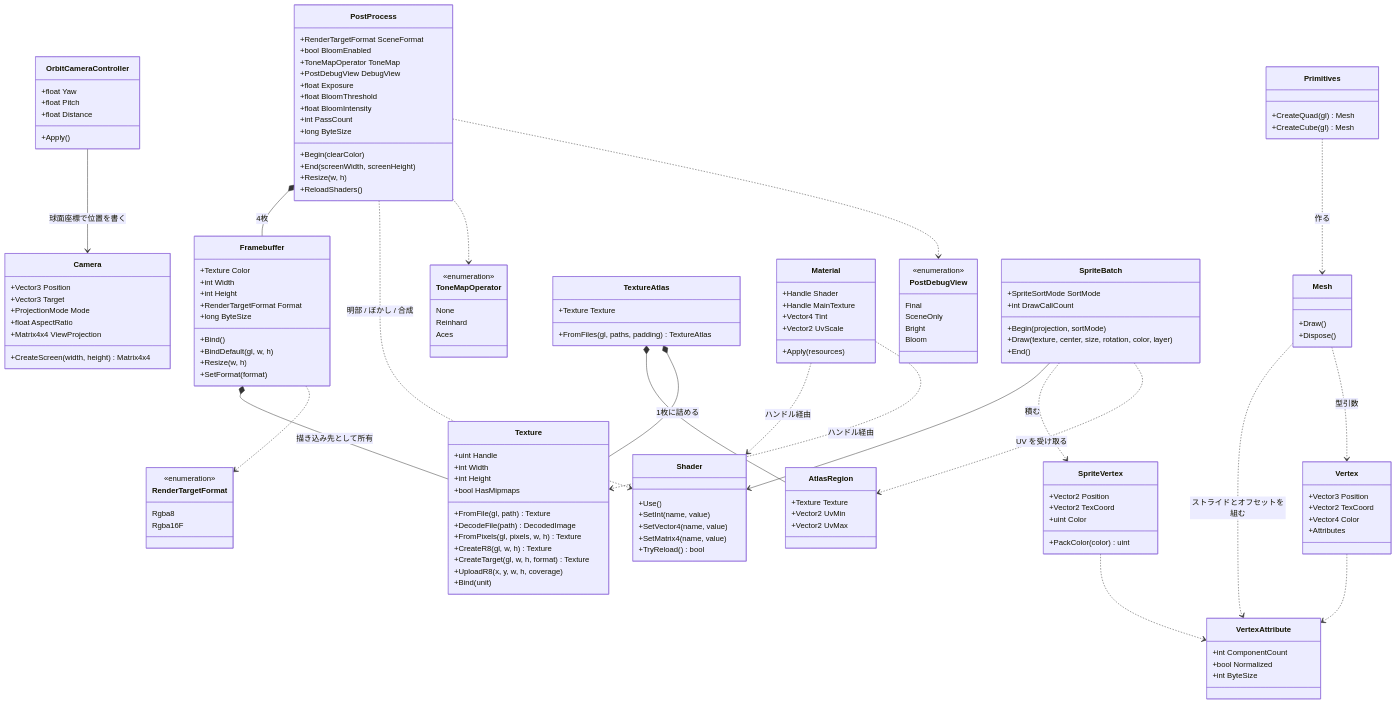
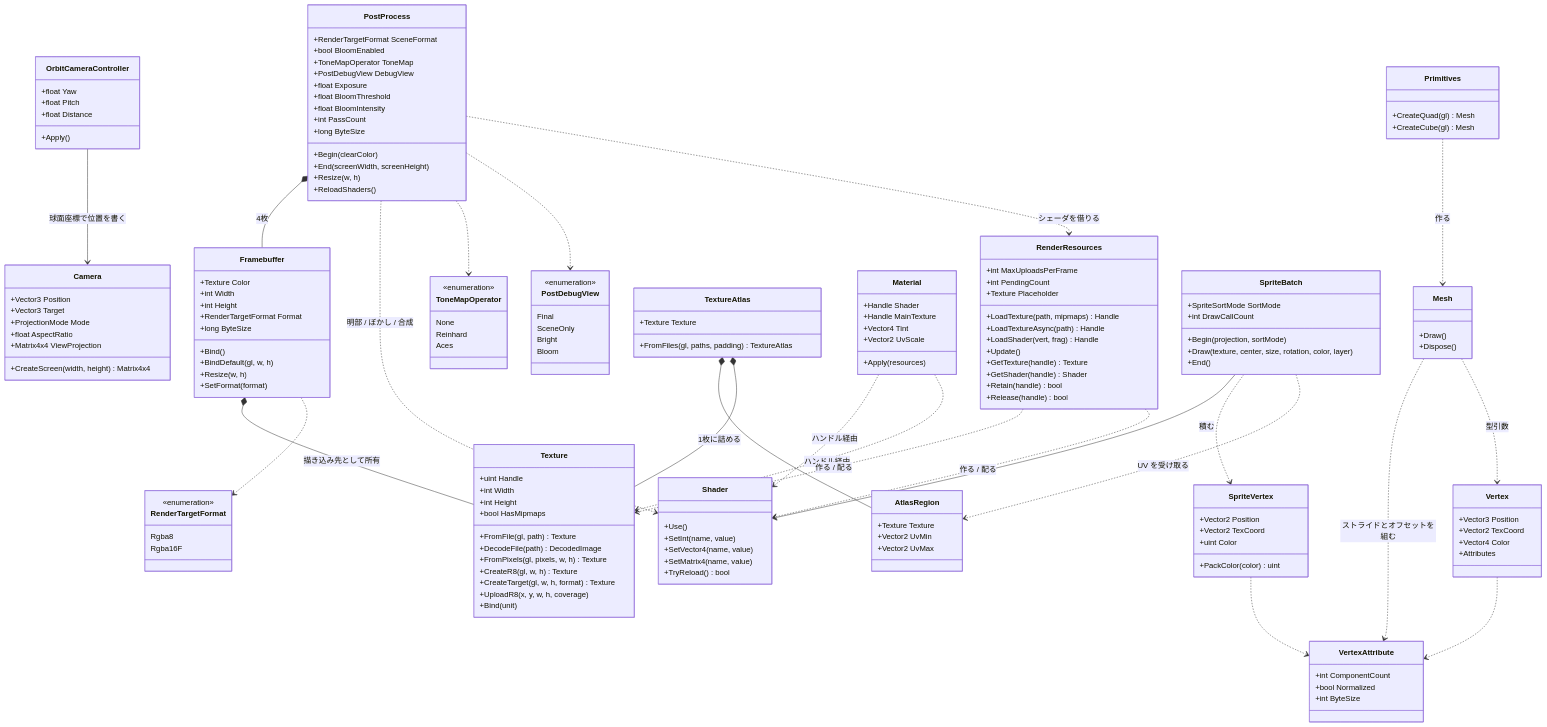
The third of 22 diagrams in docs/plans/Day31.md (honyax/honya-game-engine), drawn with Mermaid before and after one commit. The commit also changed other lines of this file and 20 other files, not shown here.

First line of the commit message:
docs: Day31〜51 の設計書を RenderResources への改名・移動に合わせる

````diff
--- a/docs/plans/Day31.md
+++ b/docs/plans/Day31.md
@@ -656,6 +704,19 @@
         +CreateTarget(gl, w, h, format) Texture
         +UploadR8(x, y, w, h, coverage)
         +Bind(unit)
+    }
+    class RenderResources {
+        +int MaxUploadsPerFrame
+        +int PendingCount
+        +Texture Placeholder
+        +LoadTexture(path, mipmaps) Handle
+        +LoadTextureAsync(path) Handle
+        +LoadShader(vert, frag) Handle
+        +Update()
+        +GetTexture(handle) Texture
+        +GetShader(handle) Shader
+        +Retain(handle) bool
+        +Release(handle) bool
     }
     class RenderTargetFormat {
         <<enumeration>>
@@ -769,4 +830,7 @@
     PostProcess ..> Shader : 明部 / ぼかし / 合成
     PostProcess ..> ToneMapOperator
     PostProcess ..> PostDebugView
+    PostProcess ..> RenderResources : シェーダを借りる
+    RenderResources ..> Texture : 作る / 配る
+    RenderResources ..> Shader : 作る / 配る
 ```
````
